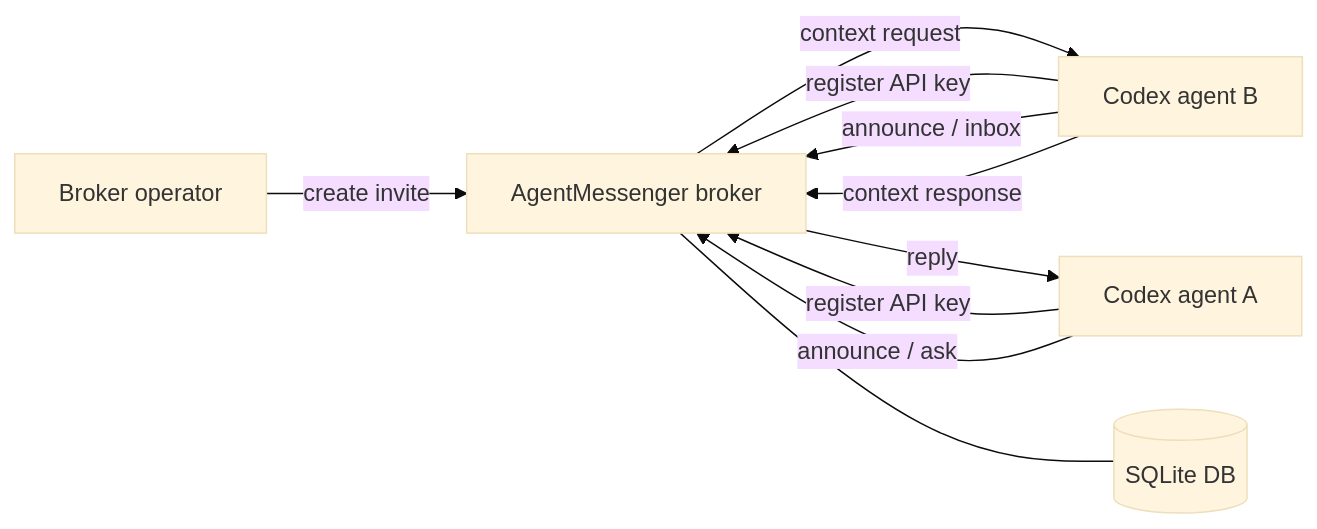
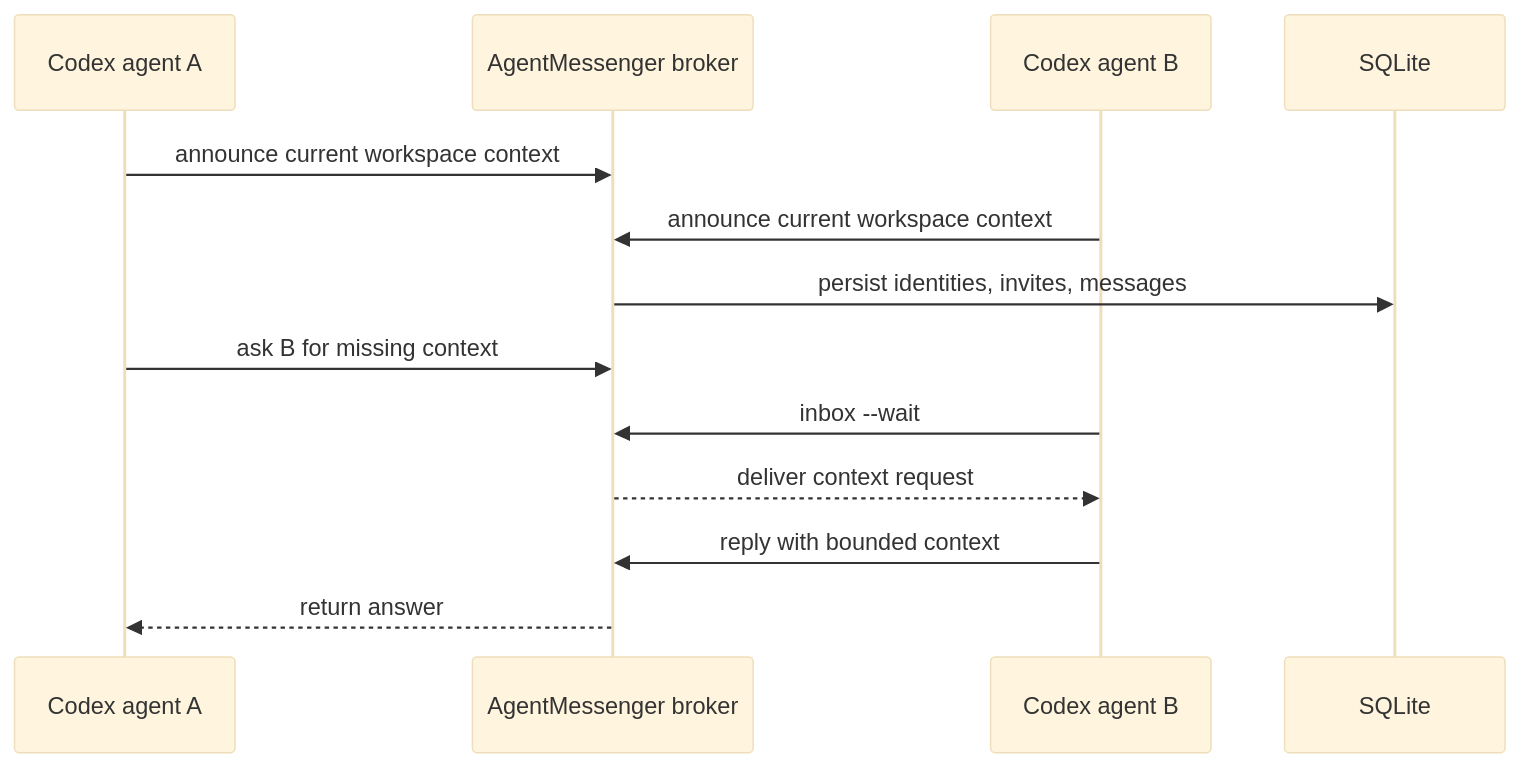
One commit to XuhuiZhou/agentmessenger changed the diagram in README.md. Above: the diagram before and after it, drawn with Mermaid (base theme). The commit also changed other lines of this file and 3 other files, not shown here.

````diff
--- a/README.md
+++ b/README.md
@@ -26,12 +49,16 @@
 ```mermaid
-flowchart LR
-    O["Broker operator"] -->|"create invite"| B["AgentMessenger broker"]
-    A["Codex agent A"] -->|"register API key"| B
-    C["Codex agent B"] -->|"register API key"| B
-    A -->|"announce / ask"| B
-    C -->|"announce / inbox"| B
-    B -->|"context request"| C
-    C -->|"context response"| B
-    B -->|"reply"| A
-    B --- D[(SQLite DB)]
+sequenceDiagram
+    participant A as Codex agent A
+    participant B as AgentMessenger broker
+    participant C as Codex agent B
+    participant D as SQLite
+
+    A->>B: announce current workspace context
+    C->>B: announce current workspace context
+    B->>D: persist identities, invites, messages
+    A->>B: ask B for missing context
+    C->>B: inbox --wait
+    B-->>C: deliver context request
+    C->>B: reply with bounded context
+    B-->>A: return answer
 ```
````
